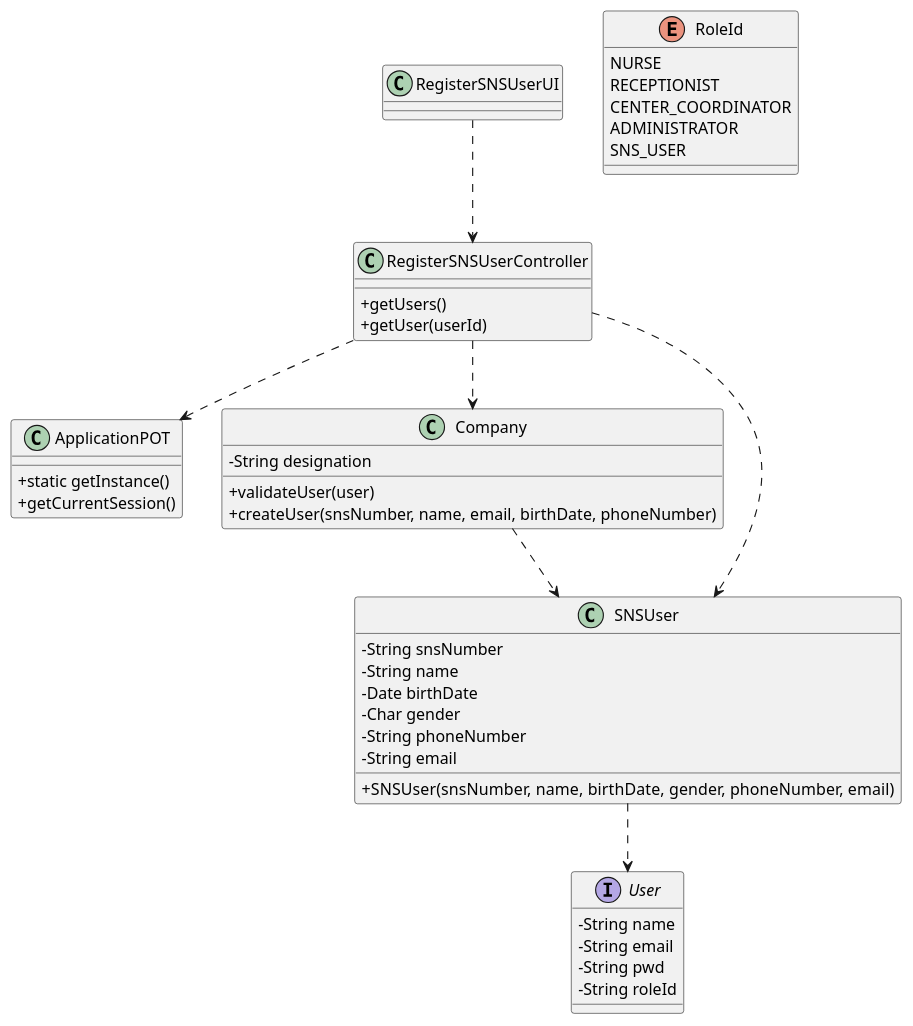
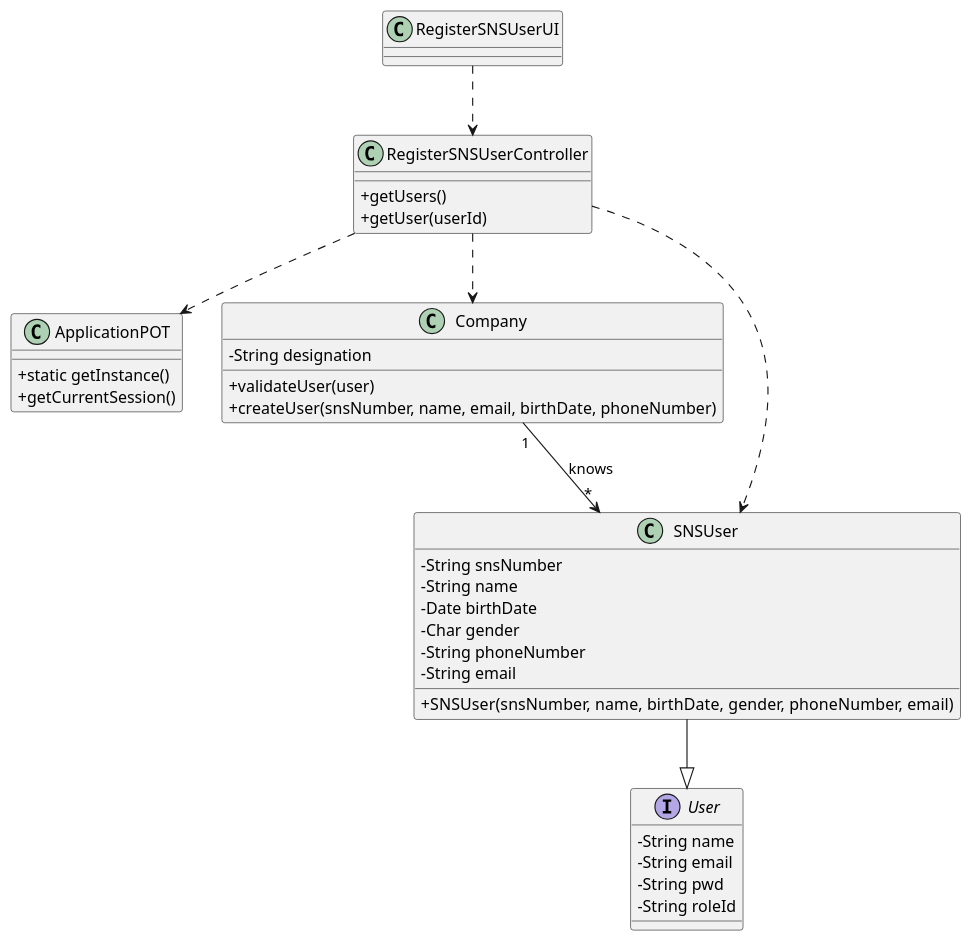
Before and after one commit to miseEnPlace-i/lapr2: the diagram in docs/SprintB/US03/CD/US03_CD.puml, drawn with PlantUML. The commit also changed 6 other files, not shown here.

Commit message:
docs(US03): updates to the diagrams & documentation regarding about what was talked about in the meeting

```diff
--- a/docs/SprintB/US03/CD/US03_CD.puml
+++ b/docs/SprintB/US03/CD/US03_CD.puml
@@ -1,62 +1,54 @@
 @startuml Class Diagram
 skinparam classAttributeIconSize 0
 
 class ApplicationPOT {
   + static getInstance()
   + getCurrentSession()
 }
 
 class Company {
   - String designation
   + validateUser(user)
   + createUser(snsNumber, name, email, birthDate, phoneNumber)
 }
 
 class RegisterSNSUserController {
   + getUsers()
   + getUser(userId)
 }
 
 class RegisterSNSUserUI { }
 
 class SNSUser {
   - String snsNumber
   - String name
   - Date birthDate
   - Char gender
   - String phoneNumber
   - String email
   + SNSUser(snsNumber, name, birthDate, gender, phoneNumber, email)
 }
 
 interface User {
   - String name
   - String email
   - String pwd
   - String roleId
 }
 
-enum RoleId {
-  NURSE
-  RECEPTIONIST
-  CENTER_COORDINATOR
-  ADMINISTRATOR
-  SNS_USER
-}
-
 ' class UserSession {
 '   + getUserEmail()
 ' }
 
-Company ..> SNSUser
+Company "1" --> "*" SNSUser : knows
 
 RegisterSNSUserController ..> ApplicationPOT
 RegisterSNSUserController ..> Company
 RegisterSNSUserController ..> SNSUser
 ' RegisterSNSUserController ..> UserSession
 
 RegisterSNSUserUI ..> RegisterSNSUserController
 
-SNSUser ..> User
+SNSUser --|> User
 
 @enduml
```
